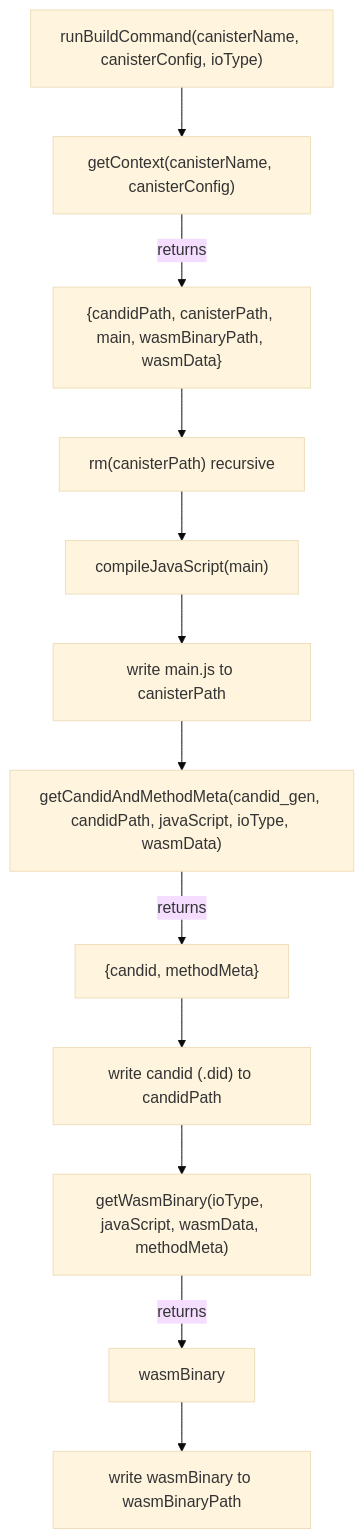
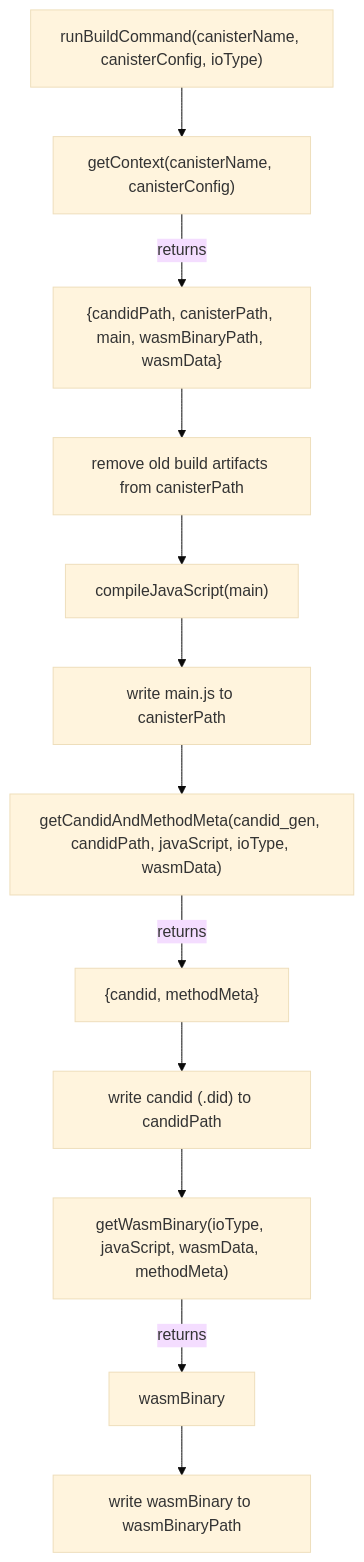
One commit to demergent-labs/azle changed the diagram in azle-build-flow-stable.md. Above: the diagram before and after it, drawn with Mermaid (base theme). The commit also changed 3 other files, not shown here.

Commit message:
update diagrams

````diff
--- a/azle-build-flow-stable.md
+++ b/azle-build-flow-stable.md
@@ -3,20 +3,20 @@
 ```mermaid
 flowchart TD
   A["runBuildCommand(canisterName, canisterConfig, ioType)"] --> B["getContext(canisterName, canisterConfig)"]
   B -->|returns| C["{candidPath, canisterPath, main, wasmBinaryPath, wasmData}"]
-  C --> D["rm(canisterPath) recursive"]
+  C --> D["remove old build artifacts from canisterPath"]
   D --> E["compileJavaScript(main)"]
   E --> F["write main.js to canisterPath"]
   F --> G["getCandidAndMethodMeta(candid_gen, candidPath, javaScript, ioType, wasmData)"]
   G -->|returns| H["{candid, methodMeta}"]
   H --> I["write candid (.did) to candidPath"]
   I --> J["getWasmBinary(ioType, javaScript, wasmData, methodMeta)"]
   J -->|returns| K["wasmBinary"]
   K --> L["write wasmBinary to wasmBinaryPath"]
 
   %% Deep links to components
   click B "src/stable/build/commands/build/get_context.ts" "Open getContext"
   click E "src/stable/build/commands/build/javascript.ts" "Open JavaScript compiler"
   click G "src/stable/build/commands/build/candid_and_method_meta/index.ts" "Open candid/meta generation"
   click J "src/stable/build/commands/build/wasm_binary/index.ts" "Open wasm binary builder"
 ```
````
